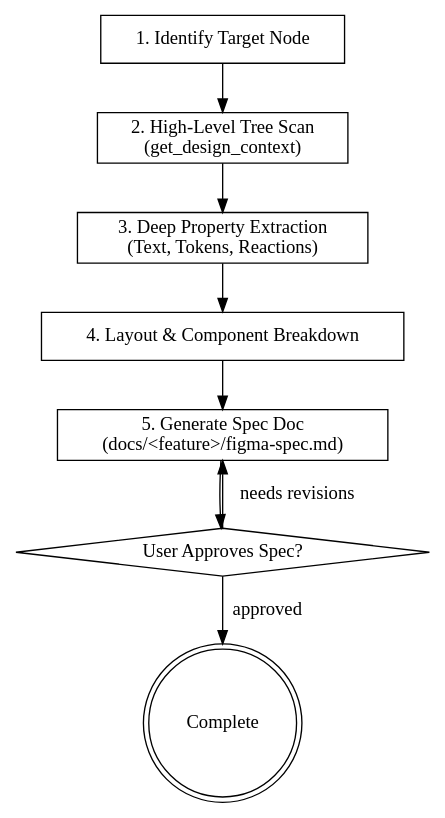
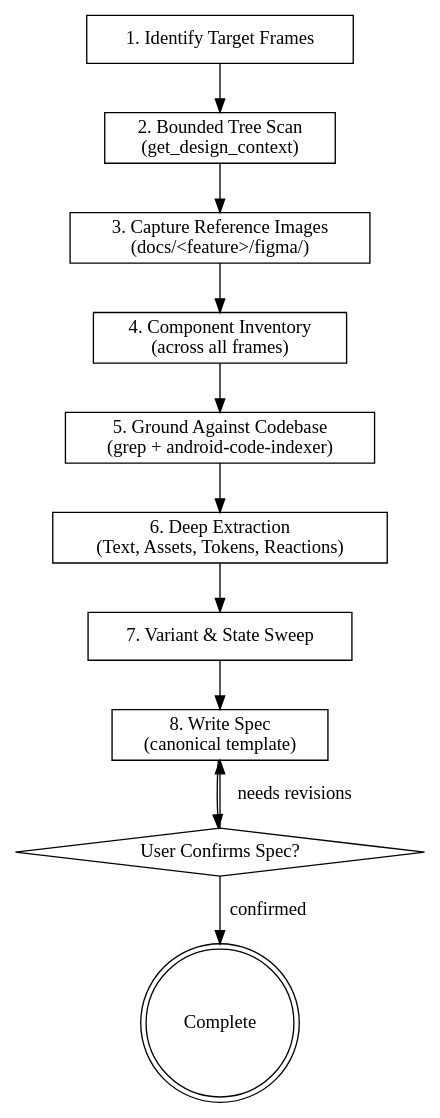
The diagram in assets/.agents/skills/figma-design-analyzer/SKILL.md (impeterwayne/AndroidHarnessAGY), drawn with Graphviz before and after one commit. The commit also changed other lines of this file and 12 other files, not shown here.

````diff
--- a/assets/.agents/skills/figma-design-analyzer/SKILL.md
+++ b/assets/.agents/skills/figma-design-analyzer/SKILL.md
@@ -33,19 +43,25 @@
 ```dot
 digraph figma_analyzer {
-    "1. Identify Target Node" [shape=box];
-    "2. High-Level Tree Scan\n(get_design_context)" [shape=box];
-    "3. Deep Property Extraction\n(Text, Tokens, Reactions)" [shape=box];
-    "4. Layout & Component Breakdown" [shape=box];
-    "5. Generate Spec Doc\n(docs/<feature>/figma-spec.md)" [shape=box];
-    "User Approves Spec?" [shape=diamond];
+    "1. Identify Target Frames" [shape=box];
+    "2. Bounded Tree Scan\n(get_design_context)" [shape=box];
+    "3. Capture Reference Images\n(docs/<feature>/figma/)" [shape=box];
+    "4. Component Inventory\n(across all frames)" [shape=box];
+    "5. Ground Against Codebase\n(grep + android-code-indexer)" [shape=box];
+    "6. Deep Extraction\n(Text, Assets, Tokens, Reactions)" [shape=box];
+    "7. Variant & State Sweep" [shape=box];
+    "8. Write Spec\n(canonical template)" [shape=box];
+    "User Confirms Spec?" [shape=diamond];
     "Complete" [shape=doublecircle];
 
-    "1. Identify Target Node" -> "2. High-Level Tree Scan\n(get_design_context)";
-    "2. High-Level Tree Scan\n(get_design_context)" -> "3. Deep Property Extraction\n(Text, Tokens, Reactions)";
-    "3. Deep Property Extraction\n(Text, Tokens, Reactions)" -> "4. Layout & Component Breakdown";
-    "4. Layout & Component Breakdown" -> "5. Generate Spec Doc\n(docs/<feature>/figma-spec.md)";
-    "5. Generate Spec Doc\n(docs/<feature>/figma-spec.md)" -> "User Approves Spec?";
-    "User Approves Spec?" -> "5. Generate Spec Doc\n(docs/<feature>/figma-spec.md)" [label="needs revisions"];
-    "User Approves Spec?" -> "Complete" [label="approved"];
+    "1. Identify Target Frames" -> "2. Bounded Tree Scan\n(get_design_context)";
+    "2. Bounded Tree Scan\n(get_design_context)" -> "3. Capture Reference Images\n(docs/<feature>/figma/)";
+    "3. Capture Reference Images\n(docs/<feature>/figma/)" -> "4. Component Inventory\n(across all frames)";
+    "4. Component Inventory\n(across all frames)" -> "5. Ground Against Codebase\n(grep + android-code-indexer)";
+    "5. Ground Against Codebase\n(grep + android-code-indexer)" -> "6. Deep Extraction\n(Text, Assets, Tokens, Reactions)";
+    "6. Deep Extraction\n(Text, Assets, Tokens, Reactions)" -> "7. Variant & State Sweep";
+    "7. Variant & State Sweep" -> "8. Write Spec\n(canonical template)";
+    "8. Write Spec\n(canonical template)" -> "User Confirms Spec?";
+    "User Confirms Spec?" -> "8. Write Spec\n(canonical template)" [label="needs revisions"];
+    "User Confirms Spec?" -> "Complete" [label="confirmed"];
 }
 ```
````
